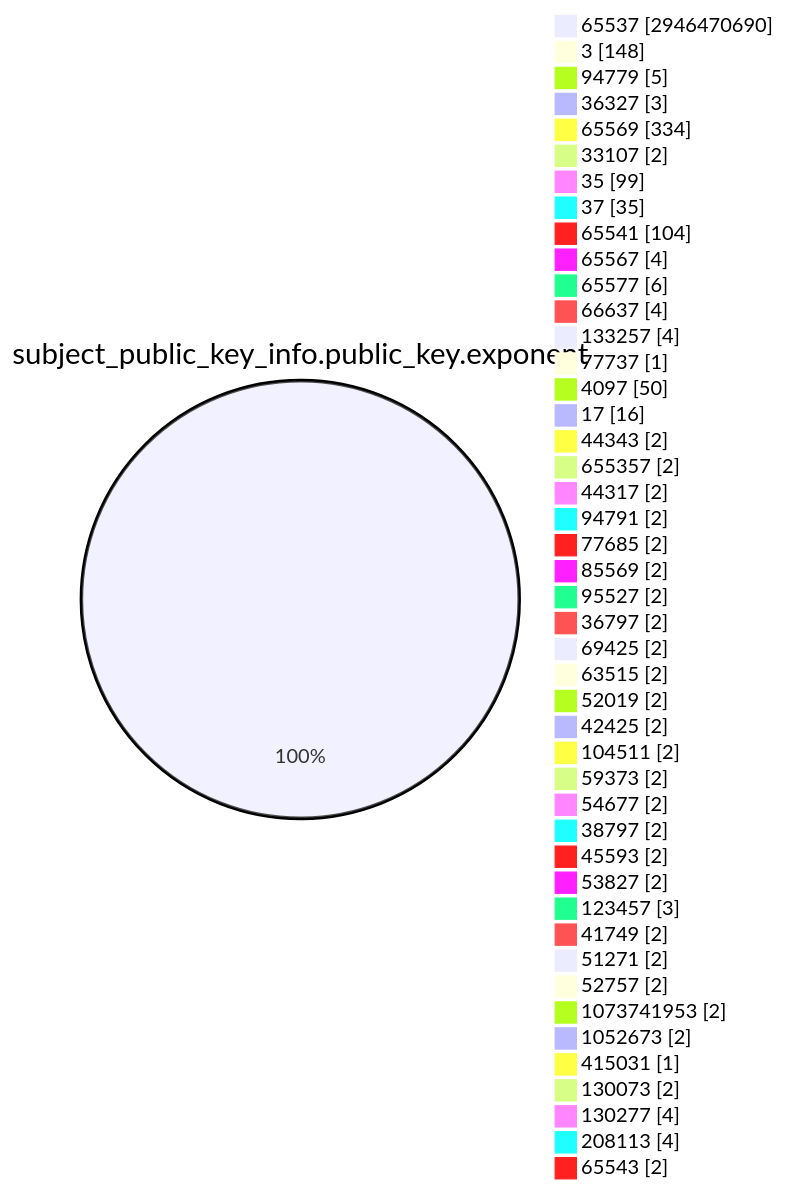
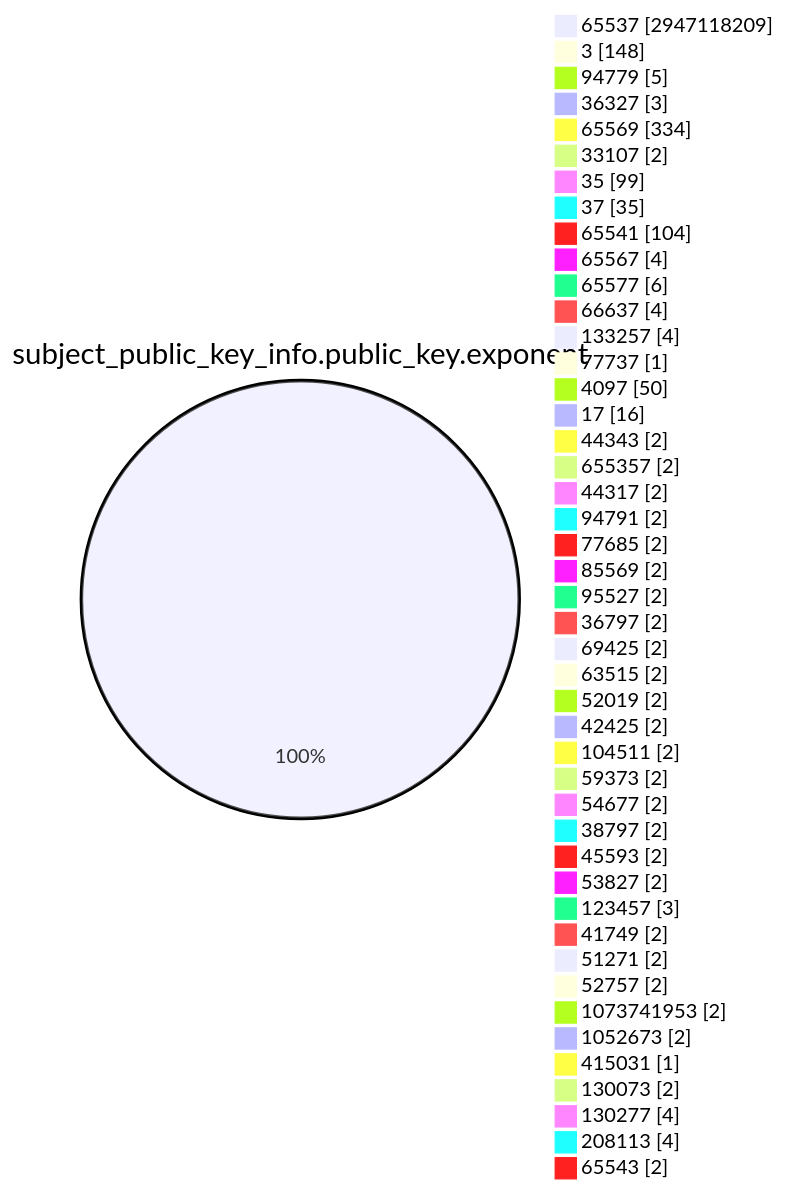
One commit to christiankrug/ctmonitor_visualization changed the fourth of 15 diagrams in TOTAL/README.md. Above: the diagram before and after it, drawn with Mermaid. The commit also changed other lines of this file, not shown here.

````diff
--- a/TOTAL/README.md
+++ b/TOTAL/README.md
@@ -1471,49 +1471,49 @@
 ```mermaid
 pie showData
 title subject_public_key_info.public_key.exponent
-"65537" :2946470690
+"65537" :2947118209
 "3" :148
 "94779" :5
 "36327" :3
 "65569" :334
 "33107" :2
 "35" :99
 "37" :35
 "65541" :104
 "65567" :4
 "65577" :6
 "66637" :4
 "133257" :4
 "77737" :1
 "4097" :50
 "17" :16
 "44343" :2
 "655357" :2
 "44317" :2
 "94791" :2
 "77685" :2
 "85569" :2
 "95527" :2
 "36797" :2
 "69425" :2
 "63515" :2
 "52019" :2
 "42425" :2
 "104511" :2
 "59373" :2
 "54677" :2
 "38797" :2
 "45593" :2
 "53827" :2
 "123457" :3
 "41749" :2
 "51271" :2
 "52757" :2
 "1073741953" :2
 "1052673" :2
 "415031" :1
 "130073" :2
 "130277" :4
 "208113" :4
 "65543" :2
 ```
````
